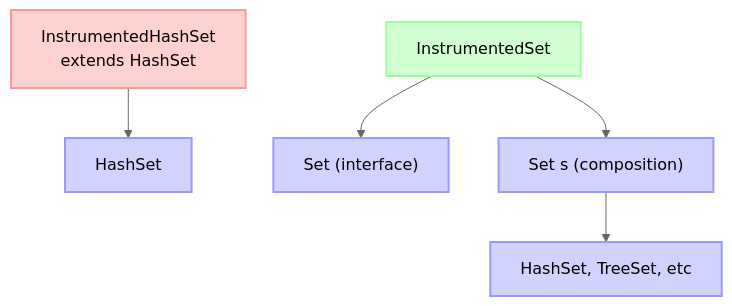
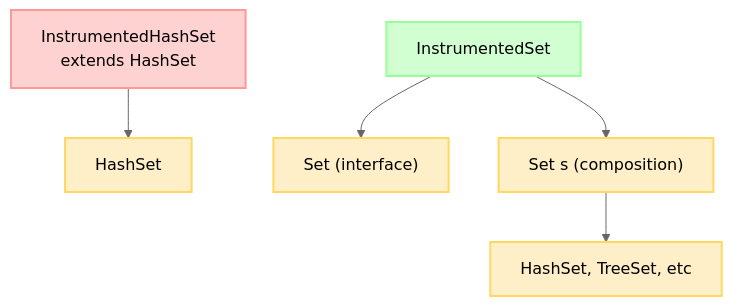
One commit to AIBE-STUDY/EFFECTIVE-JAVA changed the diagram in effective-java/section4/18.Favor_composition_over_inheritance.md. Above: the diagram before and after it, drawn with Mermaid (neutral theme). The commit also changed other lines of this file, not shown here.

````diff
--- a/effective-java/section4/18.Favor_composition_over_inheritance.md
+++ b/effective-java/section4/18.Favor_composition_over_inheritance.md
@@ -64,15 +90,15 @@
 ```mermaid
 flowchart TD
     A["InstrumentedHashSet<br>extends HashSet<E>"] --> B["HashSet<E>"]
 
     C["InstrumentedSet<E>"] --> D["Set<E> (interface)"]
     C --> E["Set<E> s (composition)"]
     E --> F["HashSet, TreeSet, etc"]
 
     style A fill:#FFD2D2,stroke:#FF9999,stroke-width:2px
-    style B fill:#D2D2FF,stroke:#9999FF,stroke-width:2px
+    style B fill:#FFEFC8,stroke:#FFD95F,stroke-width:2px
     style C fill:#D2FFD2,stroke:#99FF99,stroke-width:2px
-    style D fill:#D2D2FF,stroke:#9999FF,stroke-width:2px
-    style E fill:#D2D2FF,stroke:#9999FF,stroke-width:2px
-    style F fill:#D2D2FF,stroke:#9999FF,stroke-width:2px
+    style D fill:#FFEFC8,stroke:#FFD95F,stroke-width:2px
+    style E fill:#FFEFC8,stroke:#FFD95F,stroke-width:2px
+    style F fill:#FFEFC8,stroke:#FFD95F,stroke-width:2px
 ```
````
